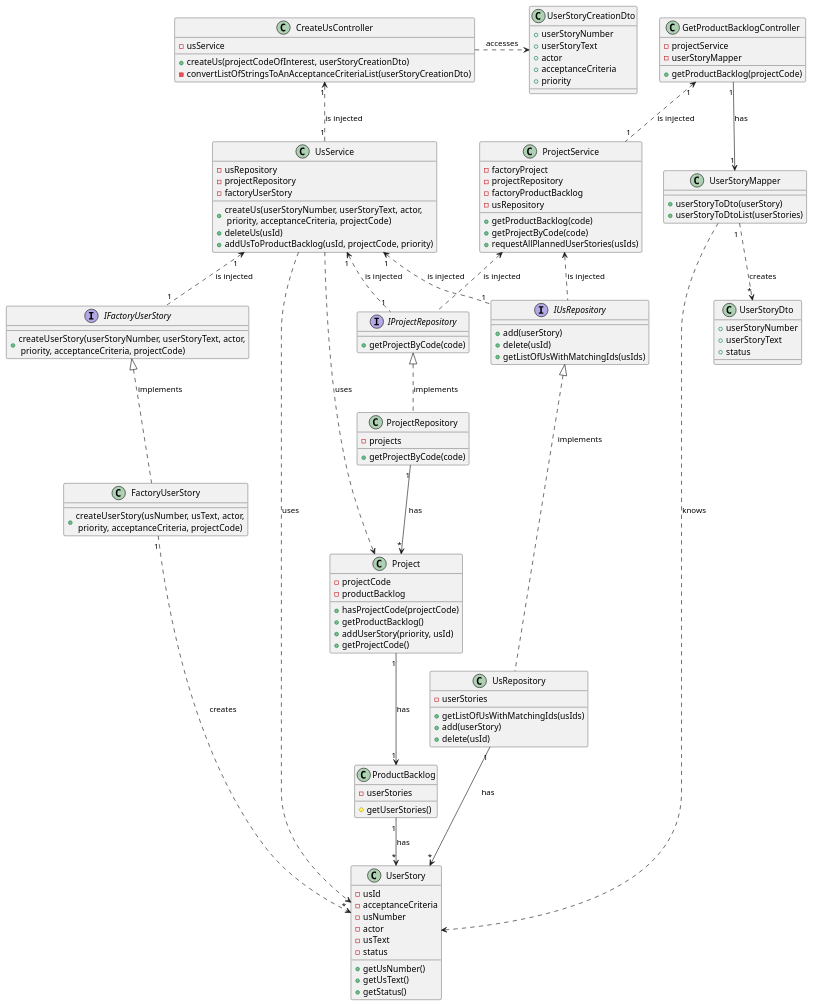
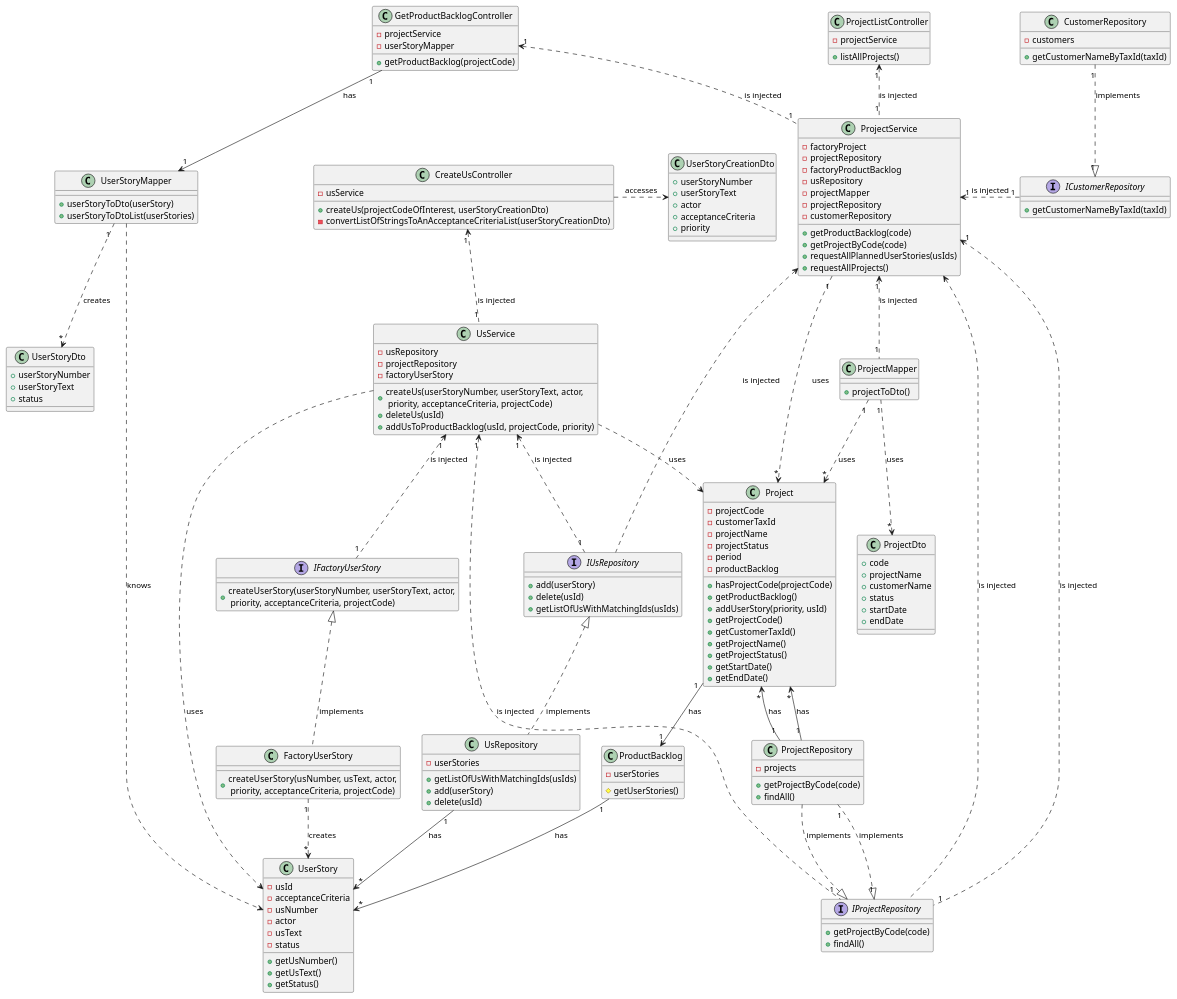
One commit to Loracline/project_switch_22-23 changed the diagram in docs/modelling_design/classDiagram_ddd_v1.puml. Above: the diagram before and after it, drawn with PlantUML.

Commit message:
Update classDiagram addresses #216

```diff
--- a/docs/modelling_design/classDiagram_ddd_v1.puml
+++ b/docs/modelling_design/classDiagram_ddd_v1.puml
@@ -1,141 +1,192 @@
 @startuml
 
 
 class "CreateUsController" {
 - usService
 + createUs(projectCodeOfInterest, userStoryCreationDto)
 -convertListOfStringsToAnAcceptanceCriteriaList(userStoryCreationDto)
 }
 
 class "GetProductBacklogController" {
 -projectService
 -userStoryMapper
 +getProductBacklog(projectCode)
 }
 
+class "ProjectListController"{
+-projectService
++listAllProjects()
+}
+
 class "ProjectService"{
 -factoryProject
 -projectRepository
 -factoryProductBacklog
 -usRepository
+-projectMapper
+-projectRepository
+-customerRepository
 +getProductBacklog(code)
 +getProjectByCode(code)
 +requestAllPlannedUserStories(usIds)
++requestAllProjects()
 }
 
 class "UserStoryCreationDto"{
 +userStoryNumber
 +userStoryText
 +actor
 +acceptanceCriteria
 +priority
 }
 
 class "UsService" {
 - usRepository
 - projectRepository
 - factoryUserStory
 + createUs(userStoryNumber, userStoryText, actor,\n priority, acceptanceCriteria, projectCode)
 + deleteUs(usId)
 + addUsToProductBacklog(usId, projectCode, priority)
 }
 
 interface "IFactoryUserStory" {
 + createUserStory(userStoryNumber, userStoryText, actor,\n priority, acceptanceCriteria, projectCode)
 }
 
 class "FactoryUserStory"{
 + createUserStory(usNumber, usText, actor,\n priority, acceptanceCriteria, projectCode)
 }
 
 interface "IProjectRepository"{
 +getProjectByCode(code)
++findAll()
 }
 
 class "ProjectRepository"{
 - projects
 +getProjectByCode(code)
++findAll()
 }
 
 interface "IUsRepository"{
 +add(userStory)
 +delete(usId)
 +getListOfUsWithMatchingIds(usIds)
 }
 
 class "UsRepository"{
 -userStories
 +getListOfUsWithMatchingIds(usIds)
 +add(userStory)
 +delete(usId)
 }
 
+class "CustomerRepository"{
+-customers
++getCustomerNameByTaxId(taxId)
+}
+
+interface "ICustomerRepository"{
++getCustomerNameByTaxId(taxId)
+}
+
 class "UserStoryMapper"{
 +userStoryToDto(userStory)
 +userStoryToDtoList(userStories)
+}
+
+class "ProjectMapper"{
++projectToDto()
 }
 
 class "ProductBacklog"{
 -userStories
 #getUserStories()
 }
 
 class "Project"{
 -projectCode
+-customerTaxId
+-projectName
+-projectStatus
+-period
 -productBacklog
 +hasProjectCode(projectCode)
 +getProductBacklog()
 + addUserStory(priority, usId)
 + getProjectCode()
++getCustomerTaxId()
++getProjectName()
++getProjectStatus()
++getStartDate()
++getEndDate()
 }
 
 class "UserStory"{
 - usId
 - acceptanceCriteria
 - usNumber
 - actor
 - usText
 - status
 + getUsNumber()
 +getUsText()
 +getStatus()
 }
 
 class "UserStoryDto"{
 +userStoryNumber
 +userStoryText
 +status
 }
 
+class "ProjectDto"{
++code
++projectName
++customerName
++status
++startDate
++endDate
+}
 
 "CreateUsController" .> "UserStoryCreationDto": accesses
 "CreateUsController" "1"<.."1" "UsService": is injected
 
 "UsService" "1" <.. "1" "IFactoryUserStory": is injected
 "IFactoryUserStory" <|.. "FactoryUserStory": implements
 "FactoryUserStory" "1"..>"*" "UserStory": creates
 
 
 "UsService" "1" <.. "1" "IProjectRepository": is injected
 "IProjectRepository" <|.. "ProjectRepository": implements
 "ProjectRepository" "1"-->"*" "Project": has
 
 "UsService" "1" <.. "1" "IUsRepository": is injected
 "IUsRepository" <|.. "UsRepository": implements
 "UsRepository" "1"-->"*" "UserStory": has
 
 "UsService" ..> "UserStory": uses
 "UsService" ..> "Project": uses
 
 "GetProductBacklogController" "1"<.."1" "ProjectService":  is injected
 "Project" "1"-->"1" "ProductBacklog": has
 "ProductBacklog" "1"-->"*" "UserStory": has
 "GetProductBacklogController" "1"-->"1" "UserStoryMapper" : has
 "UserStoryMapper" "1 "..> "*" "UserStoryDto" : creates
 "UserStoryMapper" ..> "UserStory" : knows
+
 "ProjectService" <.. "IProjectRepository" : is injected
 "ProjectService" <.. "IUsRepository" : is injected
-
+"ProjectListController" "1"<.."1" "ProjectService": is injected
+"ProjectService" "1"<.."1" "IProjectRepository": is injected
+"ProjectRepository" "1" ..|> "1" "IProjectRepository": implements
+"ProjectService" "1"<.right."1" "ICustomerRepository": is injected
+"CustomerRepository" "1" ..|> "1" "ICustomerRepository": implements
+"ProjectService" "1" ..> "*" "Project": uses
+"ProjectMapper" "1" .up.> "1" "ProjectService": is injected
+"ProjectMapper" "1" ..> "*" "Project": uses
+"ProjectDto" "*" <.up. "1" "ProjectMapper": uses
+"Project" "*" <-down- "1" "ProjectRepository": has
 
 
 @enduml
```
